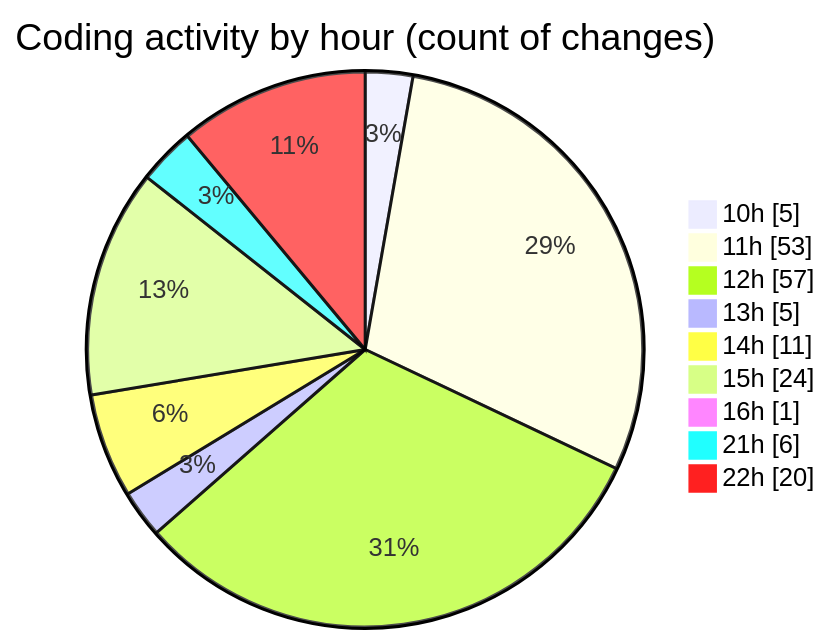
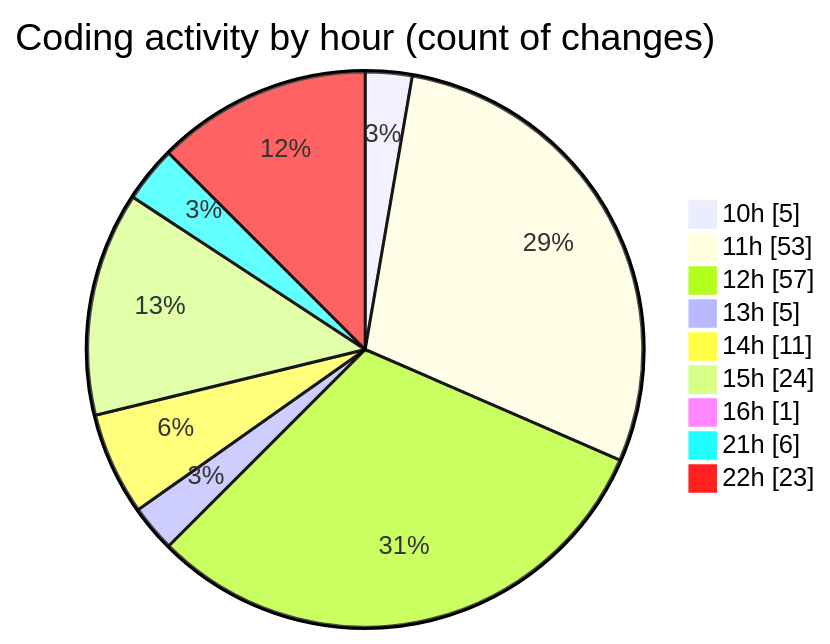
Before and after one commit to momahboobian/code-tracking: the second of 2 diagrams in 2025-06-17/cda/README.md, drawn with Mermaid. The commit also changed other lines of this file and 1 other file, not shown here.

````diff
--- a/2025-06-17/cda/README.md
+++ b/2025-06-17/cda/README.md
@@ -61,13 +61,13 @@
 ```mermaid
 pie showData
 title Coding activity by hour (count of changes)
 "10h" : 5
 "11h" : 53
 "12h" : 57
 "13h" : 5
 "14h" : 11
 "15h" : 24
 "16h" : 1
 "21h" : 6
-"22h" : 20
+"22h" : 23
 ```
````
